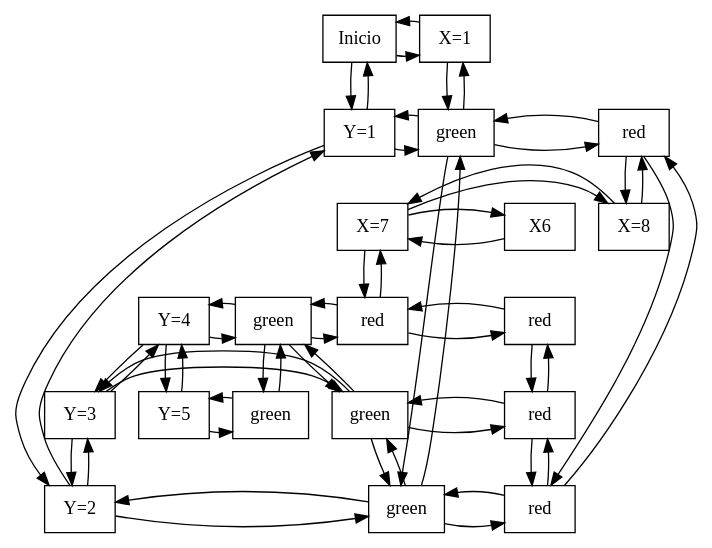
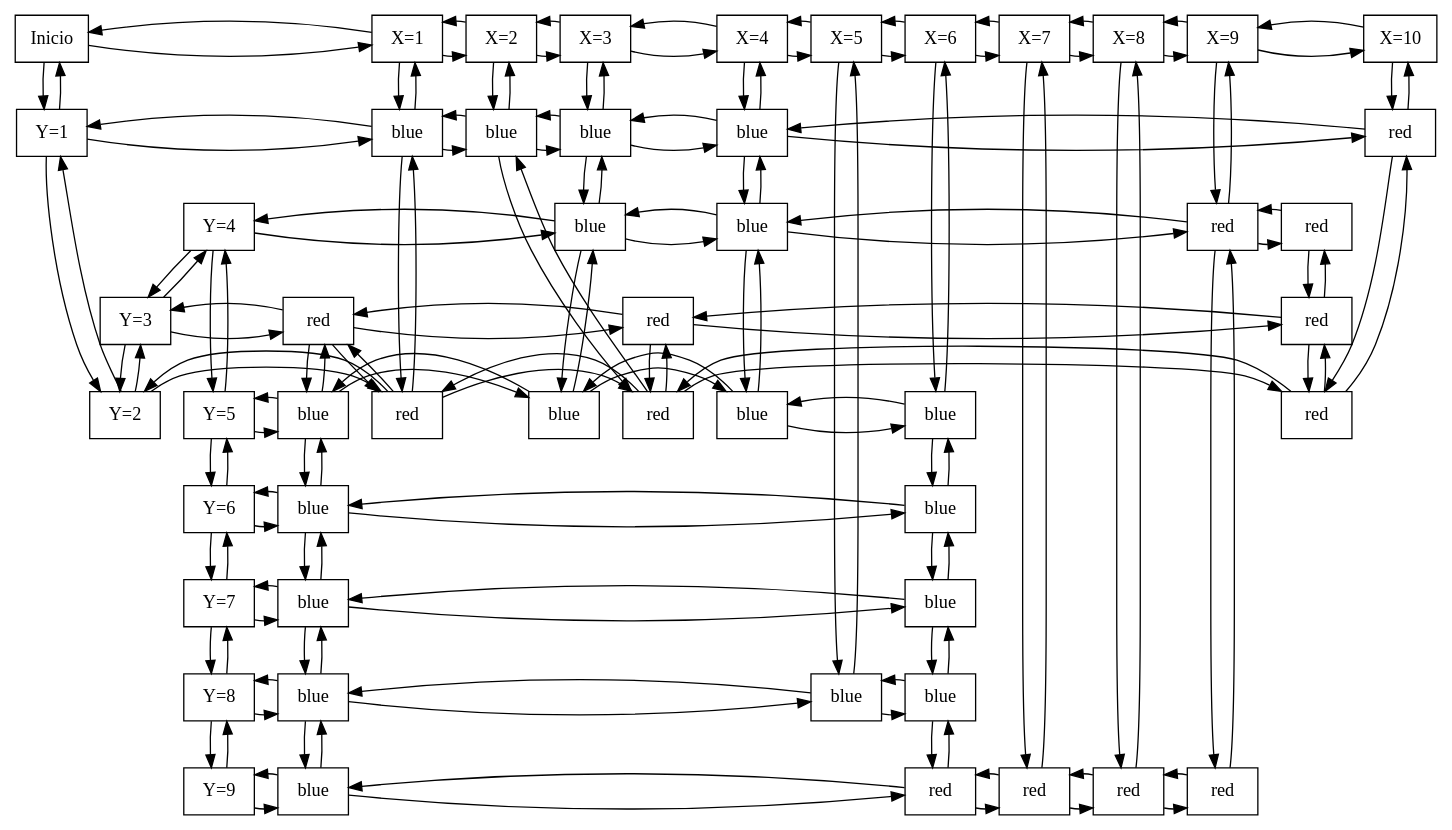
One commit to davidjr01/IPC2_Proyecto1_201801106 changed the diagram in Grafica.dot. Above: the diagram before and after it, drawn with Graphviz. The commit also changed 5 other files, not shown here.

```diff
--- a/Grafica.dot
+++ b/Grafica.dot
@@ -1,86 +1,235 @@
 digraph G {
 node[styles="filled" , shape="box"]
-Y0[label="Inicio"]
-Y1[label="Y=1"]
+Y0[label="Inicio" ,group=0]
+Y1[label="Y=1",group=0]
 Y0->Y1
 Y1->Y0
-Y2[label="Y=2"]
+Y2[label="Y=2",group=0]
 Y1->Y2
 Y2->Y1
-Y3[label="Y=3"]
+Y3[label="Y=3",group=0]
 Y2->Y3
 Y3->Y2
-Y4[label="Y=4"]
+Y4[label="Y=4",group=0]
 Y3->Y4
 Y4->Y3
-Y5[label="Y=5"]
+Y5[label="Y=5",group=0]
 Y4->Y5
 Y5->Y4
-X1[label="X=1"]
-nodo11[label="green"]
+Y6[label="Y=6",group=0]
+Y5->Y6
+Y6->Y5
+Y7[label="Y=7",group=0]
+Y6->Y7
+Y7->Y6
+Y8[label="Y=8",group=0]
+Y7->Y8
+Y8->Y7
+Y9[label="Y=9",group=0]
+Y8->Y9
+Y9->Y8
+X1[label="X=1",group=1]
+nodo11[label="blue",group=1]
 X1->nodo11
 nodo11->X1
-nodo12[label="green"]
+nodo12[label="red",group=1]
 nodo11->nodo12
 nodo12->nodo11
-nodo13[label="green"]
+nodo13[label="red",group=1]
 nodo12->nodo13
 nodo13->nodo12
-nodo14[label="green"]
-nodo13->nodo14
-nodo14->nodo13
-nodo15[label="green"]
-nodo14->nodo15
-nodo15->nodo14
+nodo15[label="blue",group=1]
+nodo13->nodo15
+nodo15->nodo13
+nodo16[label="blue",group=1]
+nodo15->nodo16
+nodo16->nodo15
+nodo17[label="blue",group=1]
+nodo16->nodo17
+nodo17->nodo16
+nodo18[label="blue",group=1]
+nodo17->nodo18
+nodo18->nodo17
+nodo19[label="blue",group=1]
+nodo18->nodo19
+nodo19->nodo18
 Y0->X1
 X1->Y0
 {rank="same";Y0;X1}
-X7[label="X=7"]
-nodo74[label="red"]
-X7->nodo74
-nodo74->X7
+X2[label="X=2",group=2]
+nodo21[label="blue",group=2]
+X2->nodo21
+nodo21->X2
+nodo22[label="red",group=2]
+nodo21->nodo22
+nodo22->nodo21
+nodo23[label="red",group=2]
+nodo22->nodo23
+nodo23->nodo22
+X1->X2
+X2->X1
+{rank="same";X1;X2}
+X3[label="X=3",group=3]
+nodo31[label="blue",group=3]
+X3->nodo31
+nodo31->X3
+nodo34[label="blue",group=3]
+nodo31->nodo34
+nodo34->nodo31
+nodo35[label="blue",group=3]
+nodo34->nodo35
+nodo35->nodo34
+X2->X3
+X3->X2
+{rank="same";X2;X3}
+X4[label="X=4",group=4]
+nodo41[label="blue",group=4]
+X4->nodo41
+nodo41->X4
+nodo44[label="blue",group=4]
+nodo41->nodo44
+nodo44->nodo41
+nodo45[label="blue",group=4]
+nodo44->nodo45
+nodo45->nodo44
+X3->X4
+X4->X3
+{rank="same";X3;X4}
+X5[label="X=5",group=5]
+nodo58[label="blue",group=5]
+X5->nodo58
+nodo58->X5
+X4->X5
+X5->X4
+{rank="same";X4;X5}
+X6[label="X=6",group=6]
+nodo65[label="blue",group=6]
+X6->nodo65
+nodo65->X6
+nodo66[label="blue",group=6]
+nodo65->nodo66
+nodo66->nodo65
+nodo67[label="blue",group=6]
+nodo66->nodo67
+nodo67->nodo66
+nodo68[label="blue",group=6]
+nodo67->nodo68
+nodo68->nodo67
+nodo69[label="red",group=6]
+nodo68->nodo69
+nodo69->nodo68
+X5->X6
+X6->X5
+{rank="same";X5;X6}
+X7[label="X=7",group=7]
+nodo79[label="red",group=7]
+X7->nodo79
+nodo79->X7
 X6->X7
 X7->X6
 {rank="same";X6;X7}
-X8[label="X=8"]
-nodo81[label="red"]
-X8->nodo81
-nodo81->X8
-nodo82[label="red"]
-nodo81->nodo82
-nodo82->nodo81
-nodo83[label="red"]
-nodo82->nodo83
-nodo83->nodo82
-nodo84[label="red"]
-nodo83->nodo84
-nodo84->nodo83
+X8[label="X=8",group=8]
+nodo89[label="red",group=8]
+X8->nodo89
+nodo89->X8
 X7->X8
 X8->X7
 {rank="same";X7;X8}
+X9[label="X=9",group=9]
+nodo94[label="red",group=9]
+X9->nodo94
+nodo94->X9
+nodo99[label="red",group=9]
+nodo94->nodo99
+nodo99->nodo94
+X8->X9
+X9->X8
+{rank="same";X8;X9}
+X10[label="X=10",group=10]
+nodo101[label="red",group=10]
+X10->nodo101
+nodo101->X10
+nodo102[label="red",group=10]
+nodo101->nodo102
+nodo102->nodo101
+nodo103[label="red",group=10]
+nodo102->nodo103
+nodo103->nodo102
+nodo104[label="red",group=10]
+nodo103->nodo104
+nodo104->nodo103
+X9->X10
+X10->X9
+{rank="same";X9;X10}
 Y1->nodo11
 nodo11->Y1
-nodo11->nodo81
-nodo81->nodo11
-{rank="same";Y1;nodo11;nodo81;}
+nodo11->nodo21
+nodo21->nodo11
+nodo21->nodo31
+nodo31->nodo21
+nodo31->nodo41
+nodo41->nodo31
+nodo41->nodo101
+nodo101->nodo41
+{rank="same";Y1;nodo11;nodo21;nodo31;nodo41;nodo101;}
 Y2->nodo12
 nodo12->Y2
-nodo12->nodo82
-nodo82->nodo12
-{rank="same";Y2;nodo12;nodo82;}
+nodo12->nodo22
+nodo22->nodo12
+nodo22->nodo102
+nodo102->nodo22
+{rank="same";Y2;nodo12;nodo22;nodo102;}
 Y3->nodo13
 nodo13->Y3
-nodo13->nodo83
-nodo83->nodo13
-{rank="same";Y3;nodo13;nodo83;}
-Y4->nodo14
-nodo14->Y4
-nodo14->nodo74
-nodo74->nodo14
-nodo74->nodo84
-nodo84->nodo74
-{rank="same";Y4;nodo14;nodo74;nodo84;}
+nodo13->nodo23
+nodo23->nodo13
+nodo23->nodo103
+nodo103->nodo23
+{rank="same";Y3;nodo13;nodo23;nodo103;}
+Y4->nodo34
+nodo34->Y4
+nodo34->nodo44
+nodo44->nodo34
+nodo44->nodo94
+nodo94->nodo44
+nodo94->nodo104
+nodo104->nodo94
+{rank="same";Y4;nodo34;nodo44;nodo94;nodo104;}
 Y5->nodo15
 nodo15->Y5
-{rank="same";Y5;nodo15;}
+nodo15->nodo35
+nodo35->nodo15
+nodo35->nodo45
+nodo45->nodo35
+nodo45->nodo65
+nodo65->nodo45
+{rank="same";Y5;nodo15;nodo35;nodo45;nodo65;}
+Y6->nodo16
+nodo16->Y6
+nodo16->nodo66
+nodo66->nodo16
+{rank="same";Y6;nodo16;nodo66;}
+Y7->nodo17
+nodo17->Y7
+nodo17->nodo67
+nodo67->nodo17
+{rank="same";Y7;nodo17;nodo67;}
+Y8->nodo18
+nodo18->Y8
+nodo18->nodo58
+nodo58->nodo18
+nodo58->nodo68
+nodo68->nodo58
+{rank="same";Y8;nodo18;nodo58;nodo68;}
+Y9->nodo19
+nodo19->Y9
+nodo19->nodo69
+nodo69->nodo19
+nodo69->nodo79
+nodo79->nodo69
+nodo79->nodo89
+nodo89->nodo79
+nodo89->nodo99
+nodo99->nodo89
+{rank="same";Y9;nodo19;nodo69;nodo79;nodo89;nodo99;}
 }
```
